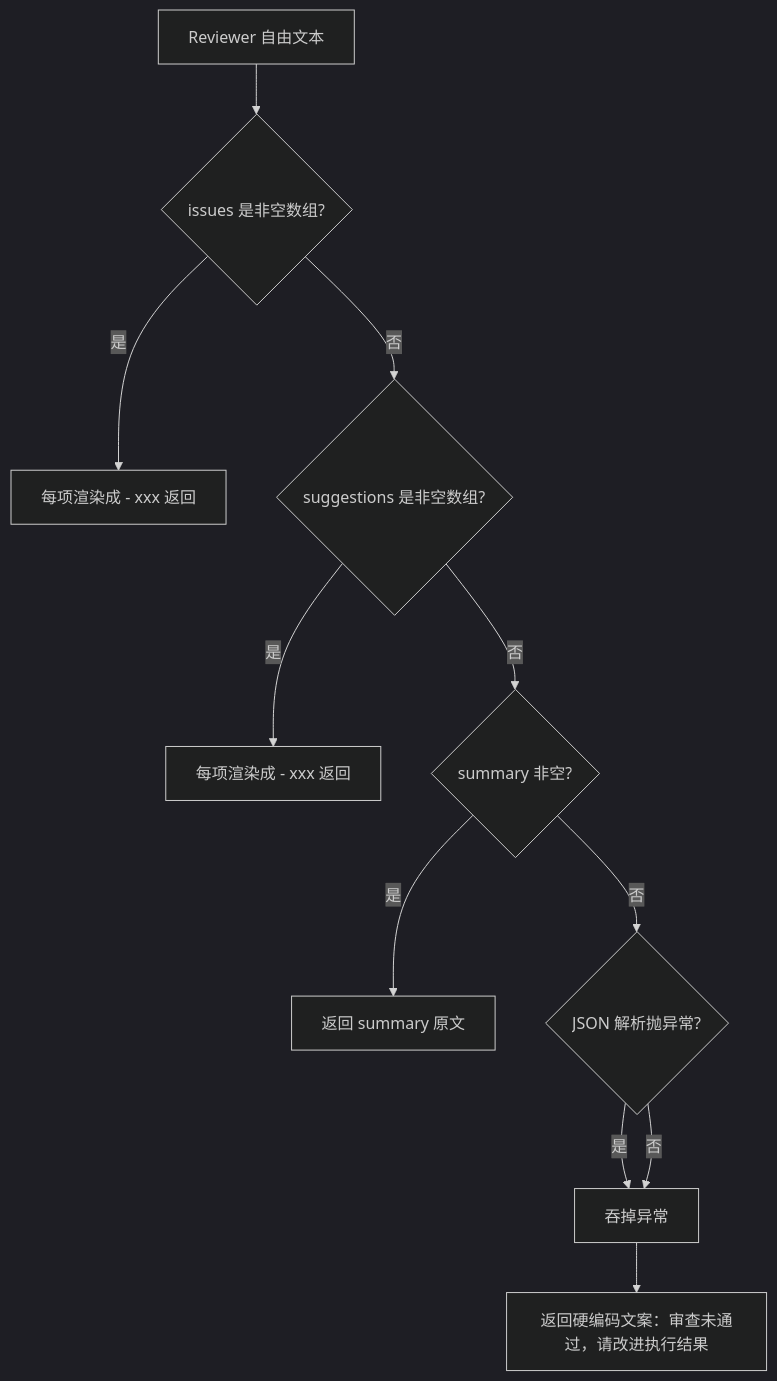
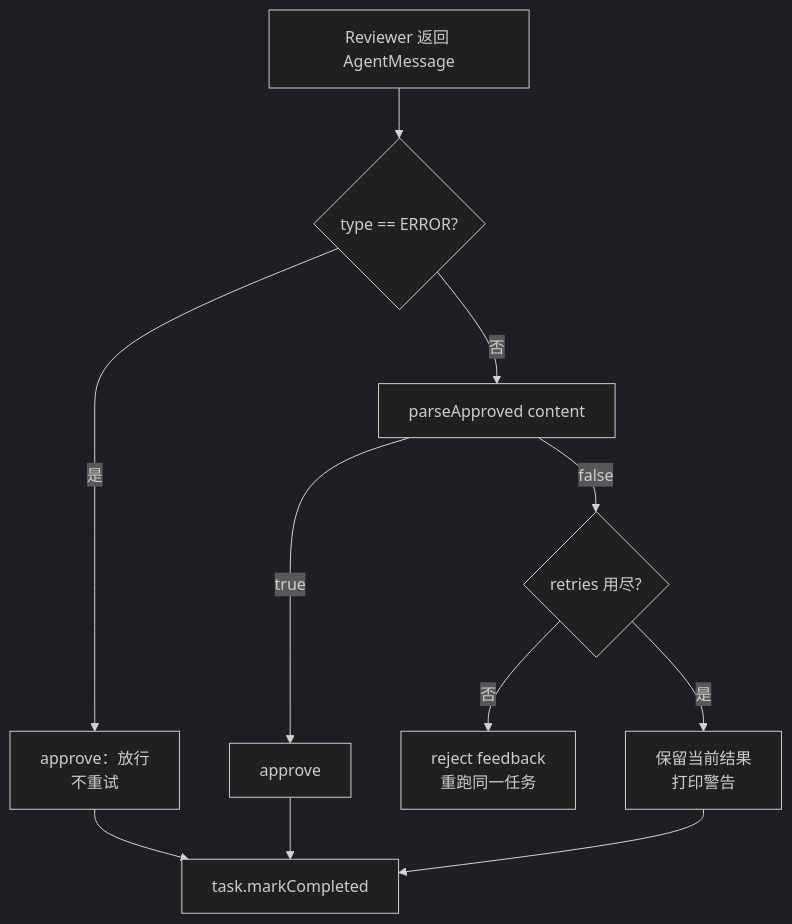
One commit to zgjdev/Code-Agent changed the fourth of 5 diagrams in docs/dev/03-multi-agent-collaboration.md. Above: the diagram before and after it, drawn with Mermaid (dark theme). The commit also changed other lines of this file and 42 other files, not shown here.

````diff
--- a/docs/dev/03-multi-agent-collaboration.md
+++ b/docs/dev/03-multi-agent-collaboration.md
@@ -626,13 +517,13 @@
 ```mermaid
 flowchart TD
-    A["Reviewer 自由文本"] --> B{"issues 是非空数组?"}
-    B -- 是 --> C["每项渲染成 - xxx 返回"]
-    B -- 否 --> D{"suggestions 是非空数组?"}
-    D -- 是 --> E["每项渲染成 - xxx 返回"]
-    D -- 否 --> F{"summary 非空?"}
-    F -- 是 --> G["返回 summary 原文"]
-    F -- 否 --> H{"JSON 解析抛异常?"}
-    H -- 是 --> I["吞掉异常"]
-    H -- 否 --> I
-    I --> J["返回硬编码文案：审查未通过，请改进执行结果"]
+    A[Reviewer 返回 AgentMessage] --> B{type == ERROR?}
+    B -- 是 --> C[approve：放行<br/>不重试]
+    B -- 否 --> D[parseApproved content]
+    D -- true --> E[approve]
+    D -- false --> F{retries 用尽?}
+    F -- 否 --> G[reject feedback<br/>重跑同一任务]
+    F -- 是 --> H[保留当前结果<br/>打印警告]
+    C --> I[task.markCompleted]
+    E --> I
+    H --> I
 ```
````
